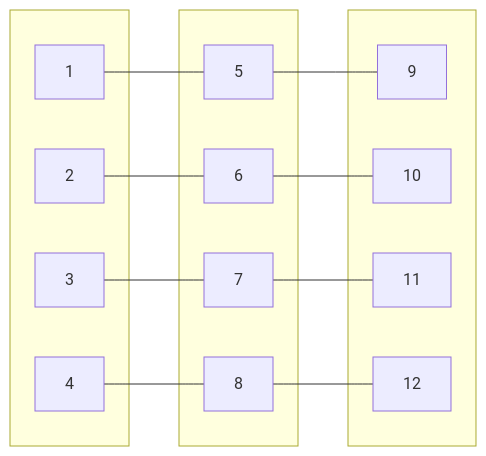
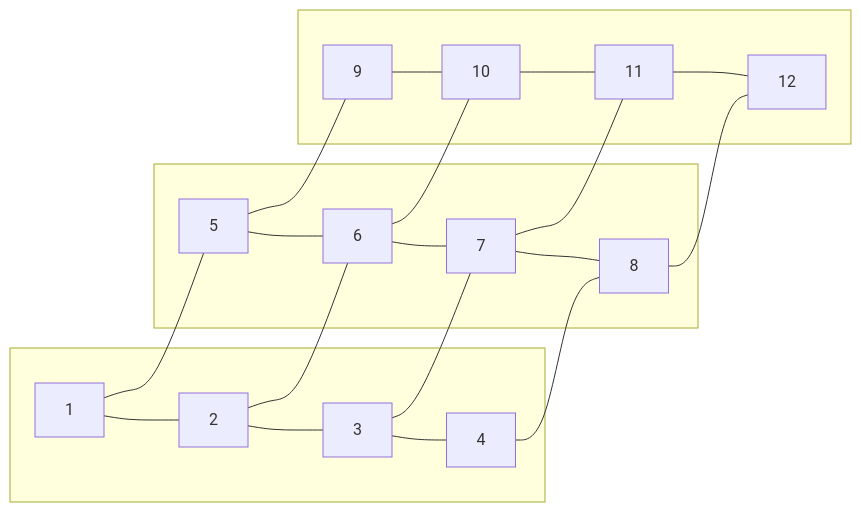
The second of 2 diagrams in README.md (athena-tircgo/amr-lsj), drawn with Mermaid before and after one commit.

````diff
--- a/README.md
+++ b/README.md
@@ -50,32 +50,23 @@
 ```mermaid
 graph LR
-    %% 第一欄
-    subgraph col1[ ]
-        A1[1]
-        A2[2]
-        A3[3]
-        A4[4]
+    %% 第一排
+    subgraph row1[ ]
+        A1[1] --- A2[2] --- A3[3] --- A4[4]
     end
 
-    %% 第二欄
-    subgraph col2[ ]
-        A5[5]
-        A6[6]
-        A7[7]
-        A8[8]
+    %% 第二排
+    subgraph row2[ ]
+        A5[5] --- A6[6] --- A7[7] --- A8[8]
     end
 
-    %% 第三欄
-    subgraph col3[ ]
-        A9[9]
-        A10[10]
-        A11[11]
-        A12[12]
+    %% 第三排
+    subgraph row3[ ]
+        A9[9] --- A10[10] --- A11[11] --- A12[12]
     end
 
-    %% 橫向連線
+    %% 垂直連線（每欄）
     A1 --- A5 --- A9
     A2 --- A6 --- A10
     A3 --- A7 --- A11
     A4 --- A8 --- A12
 ```
````
